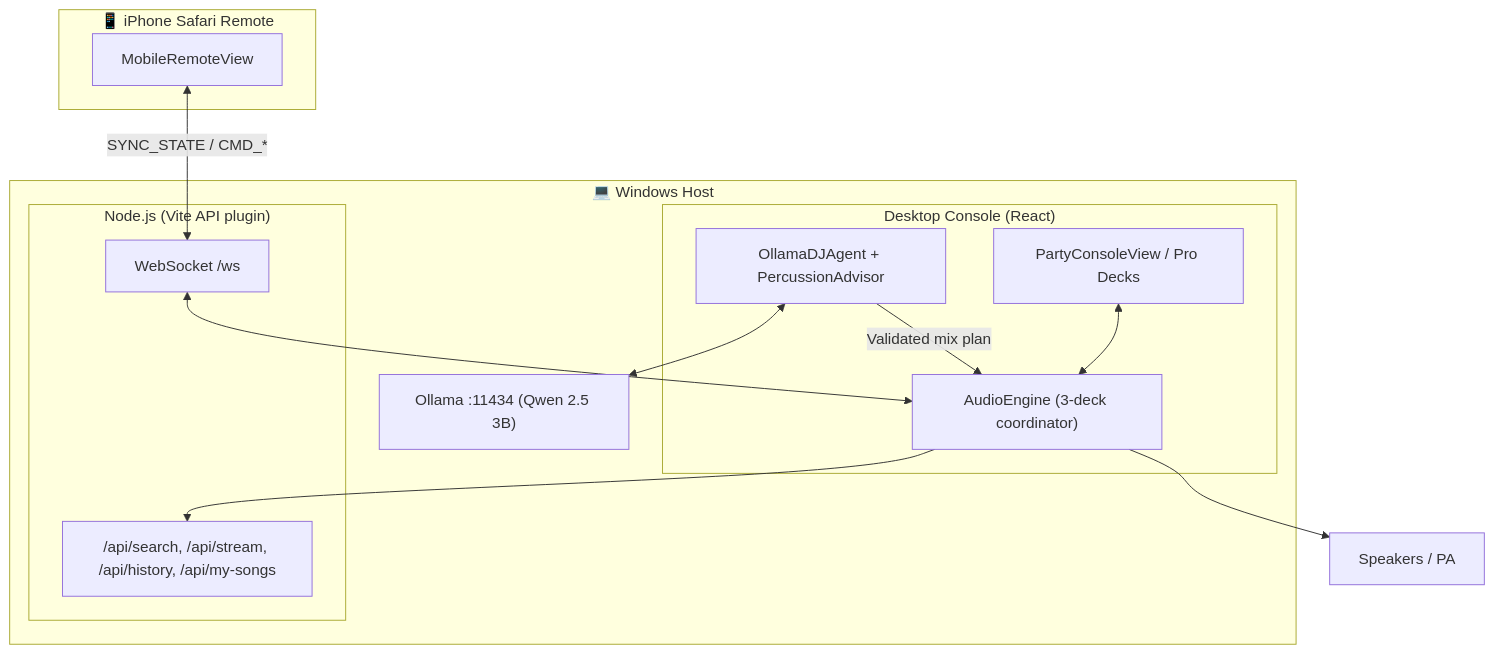
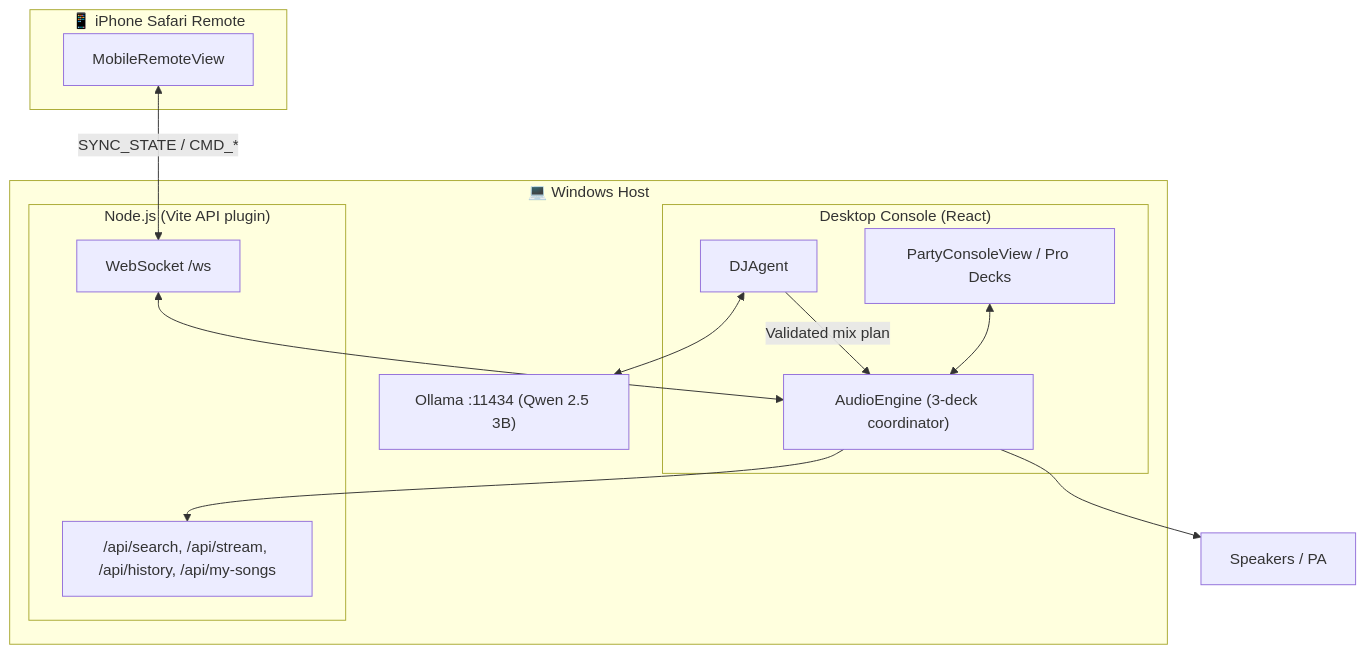
One commit to marvellearner/beatpilot changed the diagram in ARCHITECTURE.md. Above: the diagram before and after it, drawn with Mermaid. The commit also changed other lines of this file and 56 other files, not shown here.

````diff
--- a/ARCHITECTURE.md
+++ b/ARCHITECTURE.md
@@ -35,27 +35,27 @@
 ```mermaid
 graph TB
     subgraph Client ["📱 iPhone Safari Remote"]
         MobileUI["MobileRemoteView"]
     end
 
     subgraph Host ["💻 Windows Host"]
         subgraph Server ["Node.js (Vite API plugin)"]
             WS["WebSocket /ws"]
             API["/api/search, /api/stream, /api/history, /api/my-songs"]
         end
         subgraph Browser ["Desktop Console (React)"]
             UI["PartyConsoleView / Pro Decks"]
             Engine["AudioEngine (3-deck coordinator)"]
-            Agent["OllamaDJAgent + PercussionAdvisor"]
+            Agent["DJAgent"]
         end
         Ollama["Ollama :11434 (Qwen 2.5 3B)"]
     end
 
     MobileUI <-->|SYNC_STATE / CMD_*| WS
     WS <--> Engine
     UI <--> Engine
     Engine --> API
     Agent <--> Ollama
     Agent -->|Validated mix plan| Engine
     Engine --> Out["Speakers / PA"]
 ```
````
